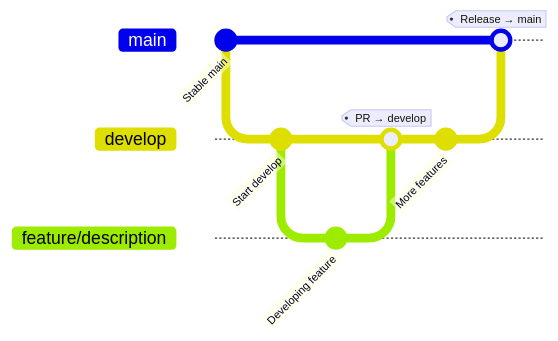
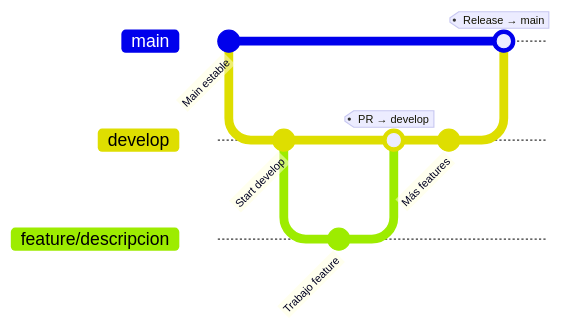
The second of 3 diagrams in README.md (domus-club/wiki), drawn with Mermaid before and after one commit. The commit also changed other lines of this file, not shown here.

````diff
--- a/README.md
+++ b/README.md
@@ -88,13 +101,13 @@
 ```mermaid
 gitGraph
-    commit id: "Stable main"
+    commit id:"Main estable"
     branch develop
-    commit id: "Start develop"
-    branch feature/description
-    commit id: "Developing feature"
+    commit id:"Start develop"
+    branch feature/descripcion
+    commit id:"Trabajo feature"
     checkout develop
-    merge feature/description tag: "PR → develop"
-    commit id: "More features"
+    merge feature/descripcion tag:"PR → develop"
+    commit id:"Más features"
     checkout main
-    merge develop tag: "Release → main"
+    merge develop tag:"Release → main"
 ```
````
